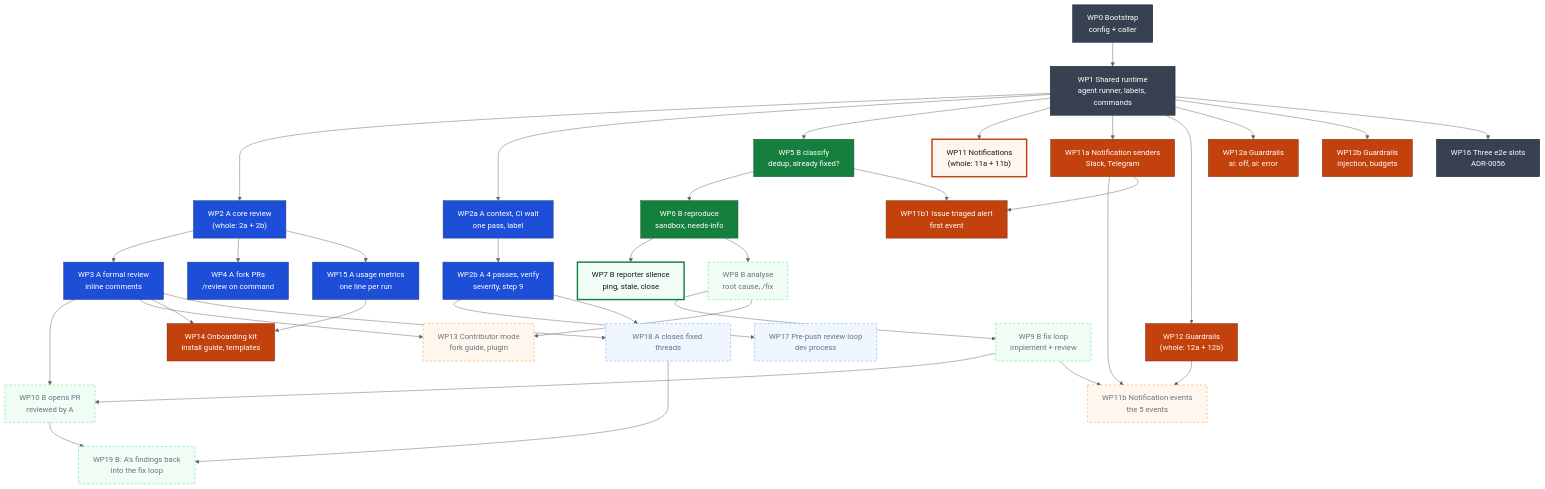
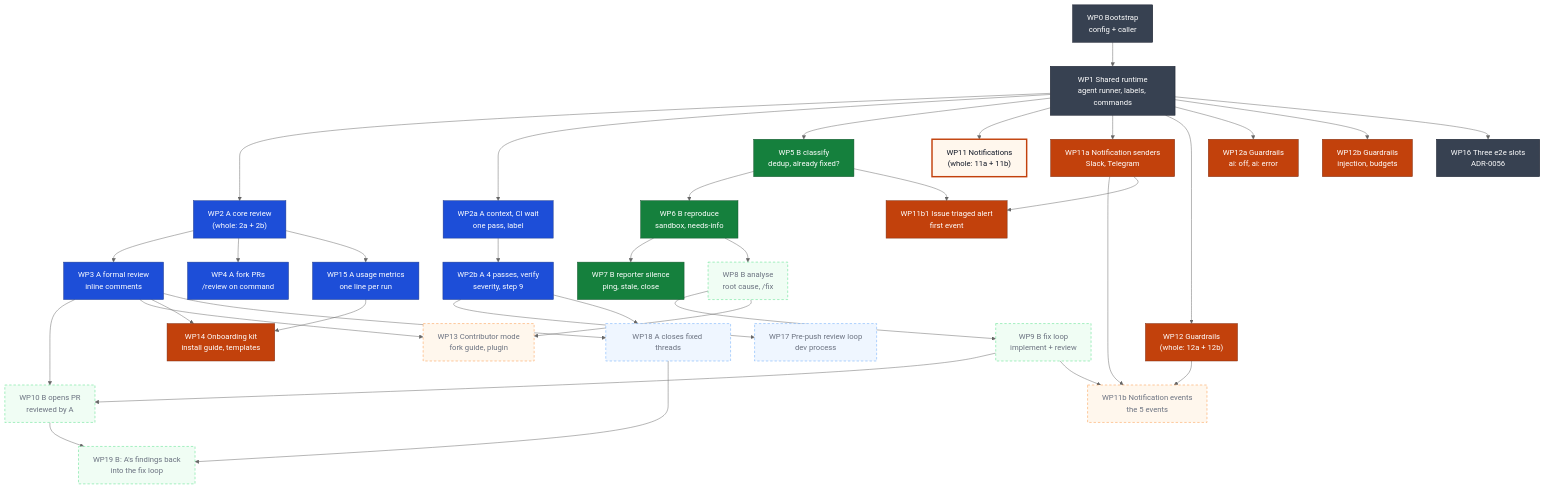
The first of 16 diagrams in docs/diagrams.md (esciara/ai-workflows), drawn with Mermaid (neutral theme) before and after one commit. The commit also changed other lines of this file, not shown here.

First line of the commit message:
docs(diagrams): WP7 done (matches plan row)

```diff
--- a/docs/diagrams.md
+++ b/docs/diagrams.md
@@ -135,7 +135,7 @@
   class WP4 aDone
   class WP5 bDone
   class WP6 bDone
-  class WP7 bWip
+  class WP7 bDone
   class WP8 b
   class WP9 b
   class WP10 b
```
